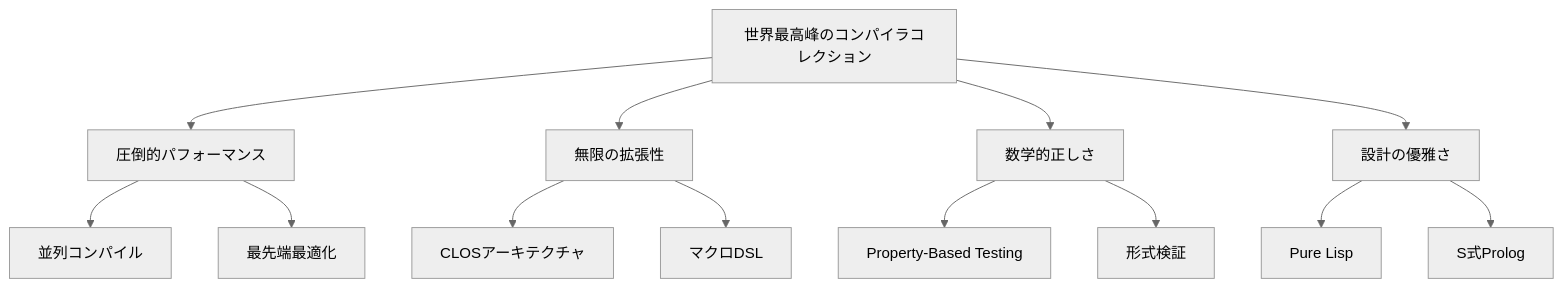
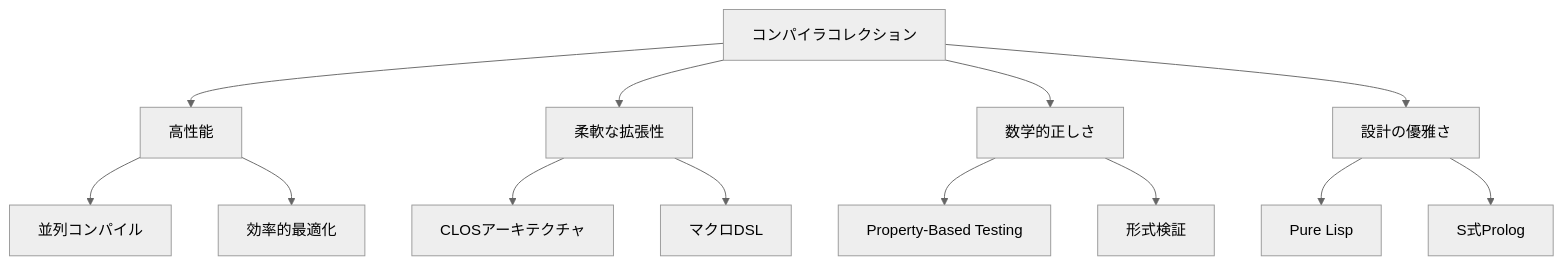
The first of 8 diagrams in docs/ARCHITECTURE.md (takeokunn/cl-cc), drawn with Mermaid (neutral theme) before and after one commit. The commit also changed other lines of this file and 28 other files, not shown here.

````diff
--- a/docs/ARCHITECTURE.md
+++ b/docs/ARCHITECTURE.md
@@ -11,21 +11,21 @@
 ```mermaid
 graph TB
-    VISION[世界最高峰のコンパイラコレクション]
+    VISION[コンパイラコレクション]
 
-    VISION --> PERF[圧倒的パフォーマンス]
-    VISION --> EXT[無限の拡張性]
+    VISION --> PERF[高性能]
+    VISION --> EXT[柔軟な拡張性]
     VISION --> CORRECT[数学的正しさ]
     VISION --> ELEGANT[設計の優雅さ]
 
     PERF --> PARA[並列コンパイル]
-    PERF --> OPT[最先端最適化]
+    PERF --> OPT[効率的最適化]
 
     EXT --> CLOS[CLOSアーキテクチャ]
     EXT --> MACRO[マクロDSL]
 
     CORRECT --> PBT[Property-Based Testing]
     CORRECT --> FORMAL[形式検証]
 
     ELEGANT --> PURE[Pure Lisp]
     ELEGANT --> PROLOG[S式Prolog]
 ```
````
